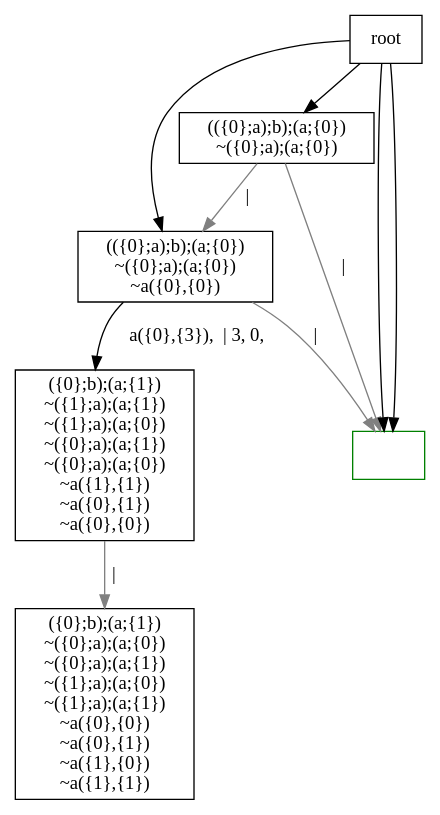
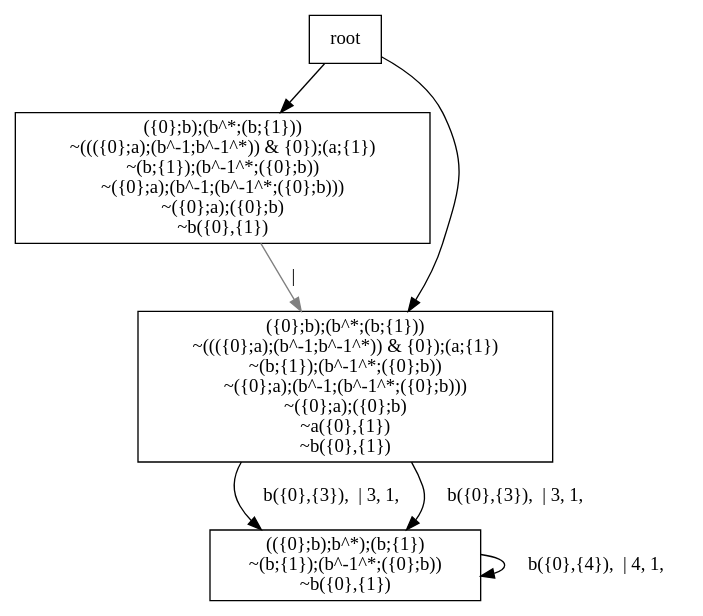
One commit to jangreen/rat changed the diagram in output/regular.dot. Above: the diagram before and after it, drawn with Graphviz. The commit also changed 8 other files, not shown here.

```diff
--- a/output/regular.dot
+++ b/output/regular.dot
@@ -1,54 +1,38 @@
 digraph {
 node[shape="box"]
-N0x143e438b0[tooltip="5757490867308895410
+N0x14961e3f0[tooltip="14753390519951007388
 
-", label="(({0};a);b);(a;{0})
-~({0};a);(a;{0})
+", label="({0};b);(b^*;(b;{1}))
+~((({0};a);(b^-1;b^-1^*)) & {0});(a;{1})
+~(b;{1});(b^-1^*;({0};b))
+~({0};a);(b^-1;(b^-1^*;({0};b)))
+~({0};a);({0};b)
+~b({0},{1})
 "];
-N0x143e438b0 -> N0x143f06c60[color="grey", label =" | 
+N0x14961e3f0 -> N0x14aa2d100[color="grey", label =" | 
 "];
-N0x143e438b0 -> N0x143f0a530[color="grey", label =" | 
+N0x14aa2d100[tooltip="445342448157810485
+
+", label="({0};b);(b^*;(b;{1}))
+~((({0};a);(b^-1;b^-1^*)) & {0});(a;{1})
+~(b;{1});(b^-1^*;({0};b))
+~({0};a);(b^-1;(b^-1^*;({0};b)))
+~({0};a);({0};b)
+~a({0},{1})
+~b({0},{1})
 "];
-N0x143f06c60[tooltip="14188936490238624456
+N0x14aa2d100 -> N0x14961e4a0[label ="b({0},{3}),  | 3, 1, 
+"];
+N0x14aa2d100 -> N0x14961e4a0[label ="b({0},{3}),  | 3, 1, 
+"];
+N0x14961e4a0[tooltip="14943826846027065903
 
-", label="(({0};a);b);(a;{0})
-~({0};a);(a;{0})
-~a({0},{0})
+", label="(({0};b);b^*);(b;{1})
+~(b;{1});(b^-1^*;({0};b))
+~b({0},{1})
 "];
-N0x143f06c60 -> N0x143e43d20[label ="a({0},{3}),  | 3, 0, 
+N0x14961e4a0 -> N0x14961e4a0[label ="b({0},{4}),  | 4, 1, 
 "];
-N0x143f06c60 -> N0x143f0a530[color="grey", label =" | 
-"];
-N0x143e43d20[tooltip="1661869157538251173
-
-", label="({0};b);(a;{1})
-~({1};a);(a;{1})
-~({1};a);(a;{0})
-~({0};a);(a;{1})
-~({0};a);(a;{0})
-~a({1},{1})
-~a({0},{1})
-~a({0},{0})
-"];
-N0x143e43d20 -> N0x143f0a220[color="grey", label =" | 
-"];
-N0x143f0a220[tooltip="6198680074812818899
-
-", label="({0};b);(a;{1})
-~({0};a);(a;{0})
-~({0};a);(a;{1})
-~({1};a);(a;{0})
-~({1};a);(a;{1})
-~a({0},{0})
-~a({0},{1})
-~a({1},{0})
-~a({1},{1})
-"];
-N0x143f0a530[tooltip="0
-
-", label="", color=green];
-root -> N0x143e438b0;
-root -> N0x143f06c60;
-root -> N0x143f0a530;
-root -> N0x143f0a530;
+root -> N0x14961e3f0;
+root -> N0x14aa2d100;
 }
```
